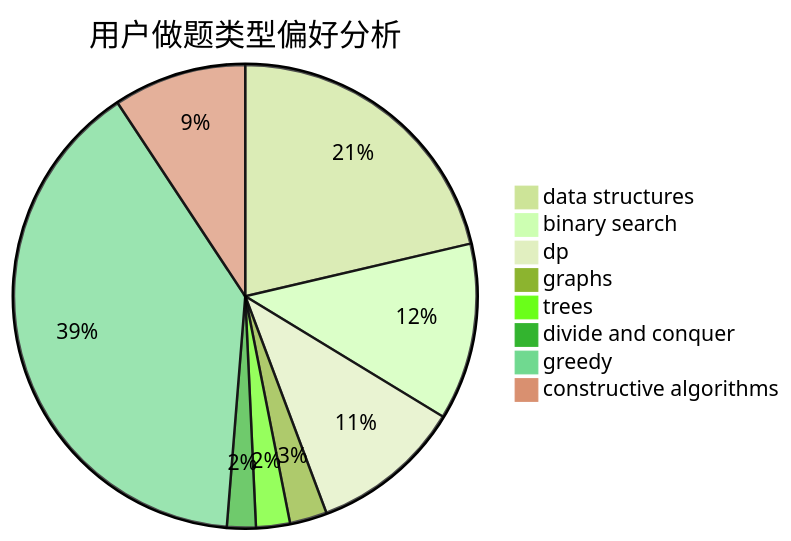
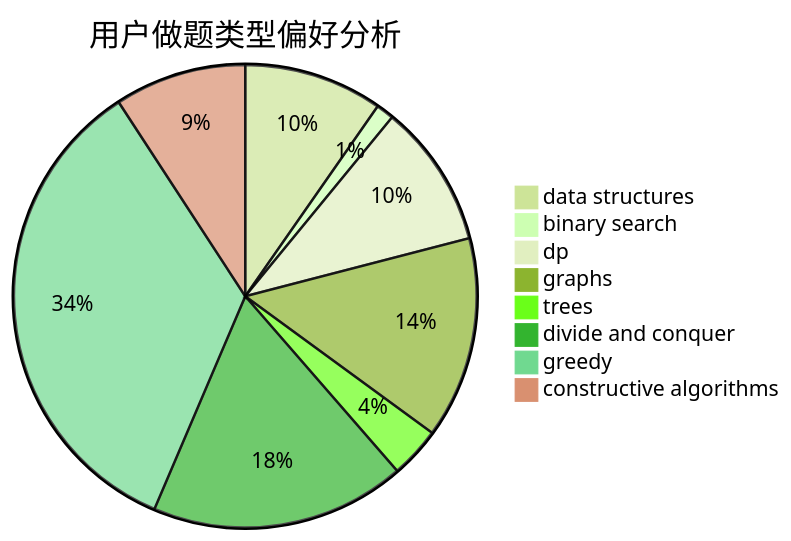
Before and after one commit to sherpahu/cfrs.github.io: the second of 3 diagrams in docs/user/u2028.md, drawn with Mermaid (forest theme). The commit also changed other lines of this file and 2770 other files, not shown here.

````diff
--- a/docs/user/u2028.md
+++ b/docs/user/u2028.md
@@ -23,11 +23,11 @@
 ```mermaid
 pie title 用户做题类型偏好分析
-    "data structures" :  361
-    "binary search" :  209
-    "dp" :  179
-    "graphs" :  44
-    "trees" :  40
-    "divide and conquer" :  34
-    "greedy" :  667
-    "constructive algorithms" :  157
+    "data structures" :  117
+    "binary search" :  15
+    "dp" :  121
+    "graphs" :  170
+    "trees" :  43
+    "divide and conquer" :  215
+    "greedy" :  415
+    "constructive algorithms" :  111
 ```
````
